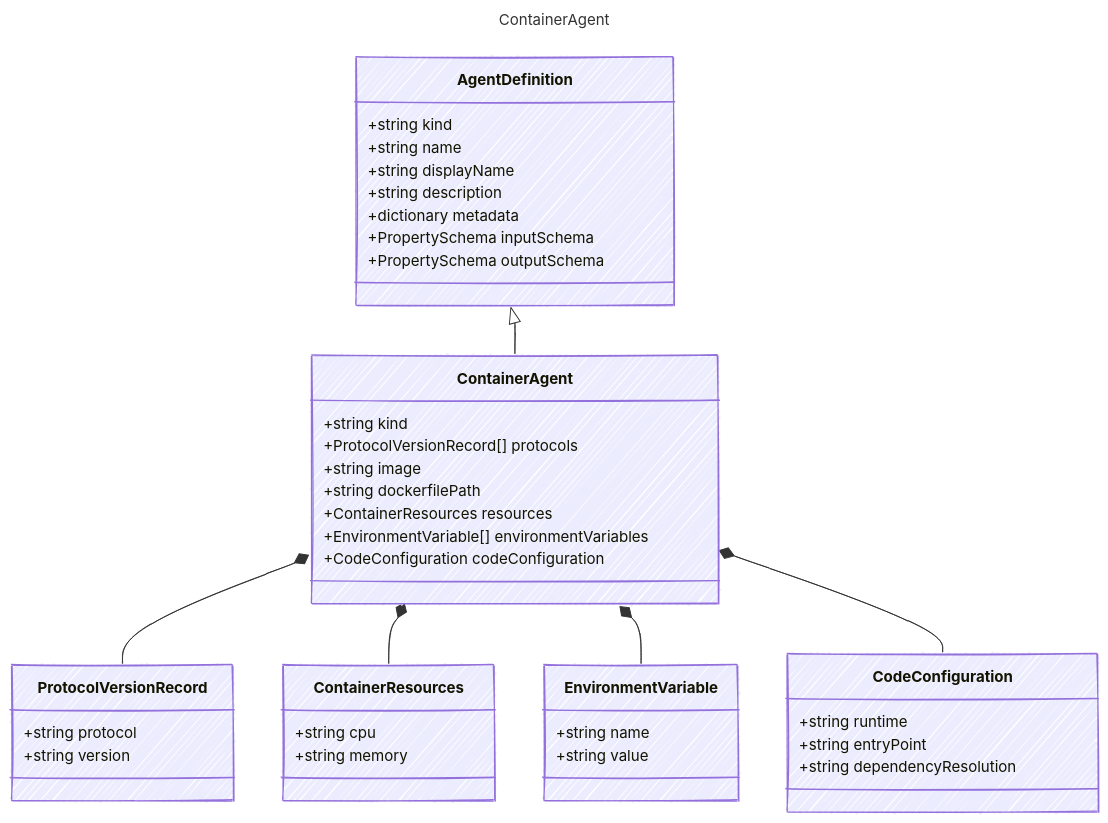
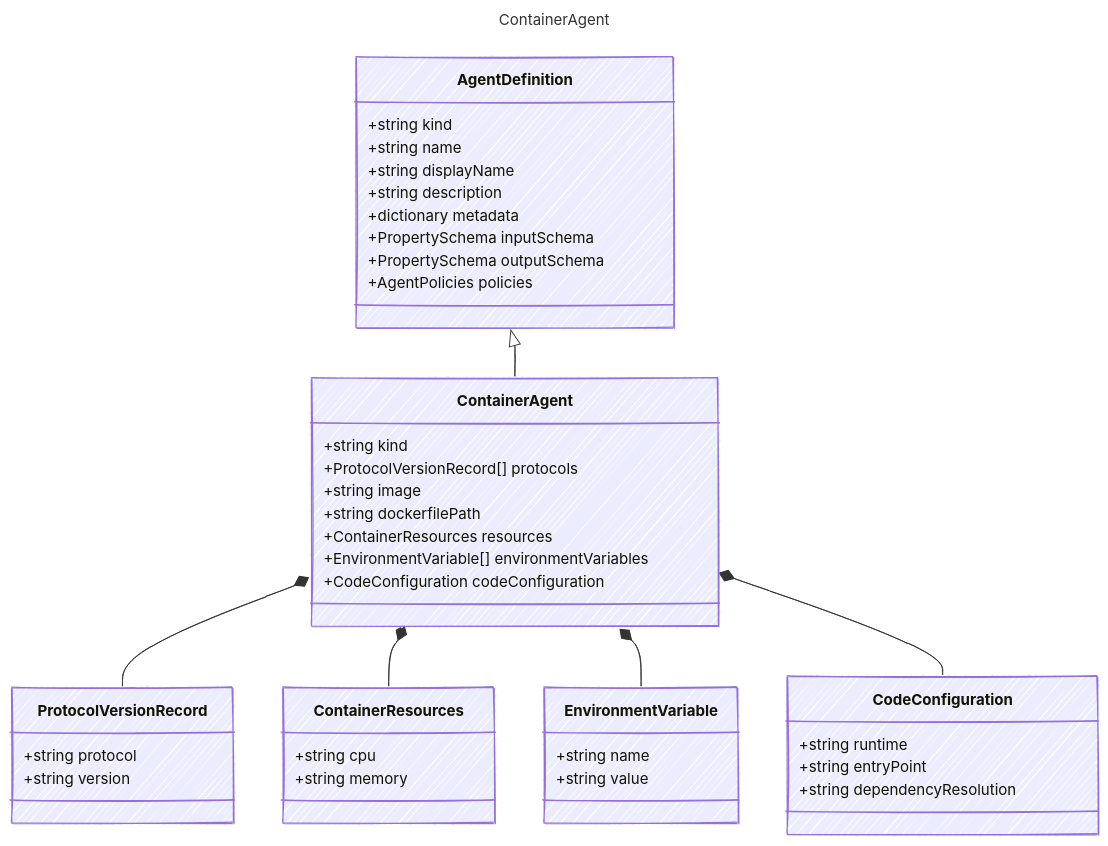
One commit to microsoft/AgentSchema changed the diagram in docs/src/content/docs/reference/ContainerAgent.md. Above: the diagram before and after it, drawn with Mermaid. The commit also changed 44 other files, not shown here.

First line of the commit message:
Add policies/rai_config to AgentDefinition schema

````diff
--- a/docs/src/content/docs/reference/ContainerAgent.md
+++ b/docs/src/content/docs/reference/ContainerAgent.md
@@ -13,52 +13,53 @@
 ```mermaid
 ---
 title: ContainerAgent
 config:
   look: handDrawn
   theme: colorful
   class:
     hideEmptyMembersBox: true
 ---
 classDiagram
     class AgentDefinition {
         +string kind
         +string name
         +string displayName
         +string description
         +dictionary metadata
         +PropertySchema inputSchema
         +PropertySchema outputSchema
+        +AgentPolicies policies
     }
     AgentDefinition <|-- ContainerAgent
     class ContainerAgent {
       
         +string kind
         +ProtocolVersionRecord[] protocols
         +string image
         +string dockerfilePath
         +ContainerResources resources
         +EnvironmentVariable[] environmentVariables
         +CodeConfiguration codeConfiguration
     }
     class ProtocolVersionRecord {
         +string protocol
         +string version
     }
     ContainerAgent *-- ProtocolVersionRecord
     class ContainerResources {
         +string cpu
         +string memory
     }
     ContainerAgent *-- ContainerResources
     class EnvironmentVariable {
         +string name
         +string value
     }
     ContainerAgent *-- EnvironmentVariable
     class CodeConfiguration {
         +string runtime
         +string entryPoint
         +string dependencyResolution
     }
     ContainerAgent *-- CodeConfiguration
 ```
````
